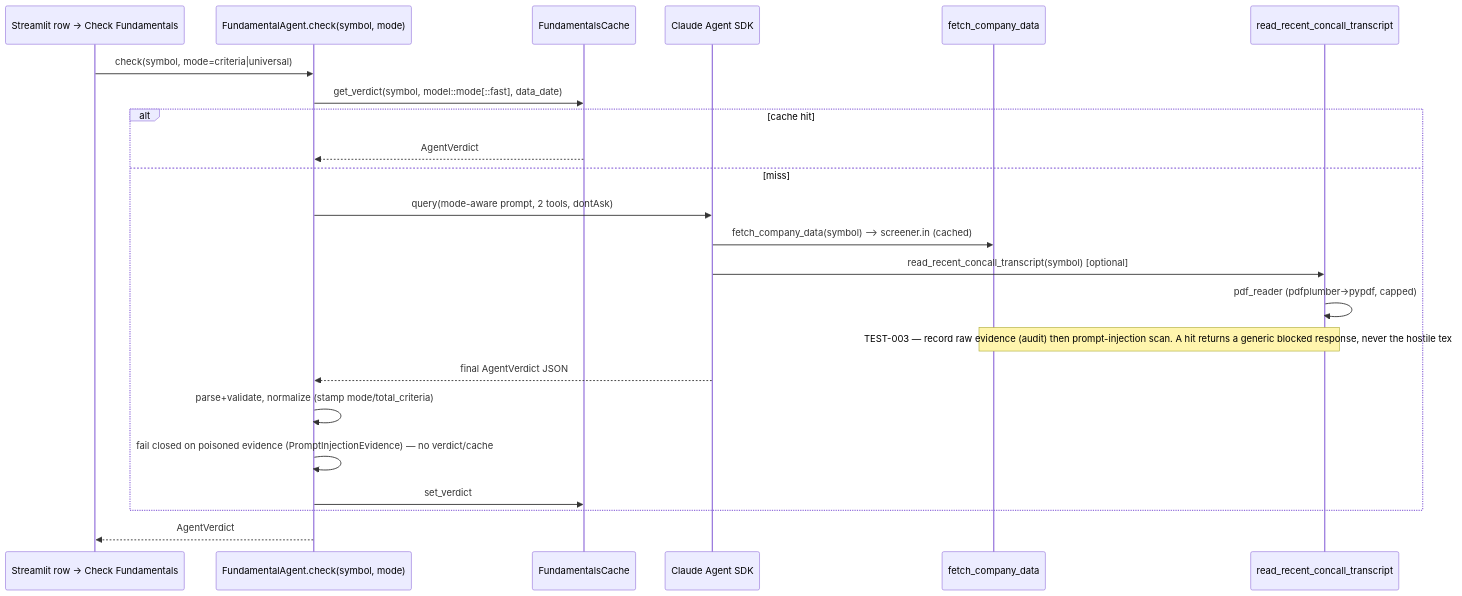
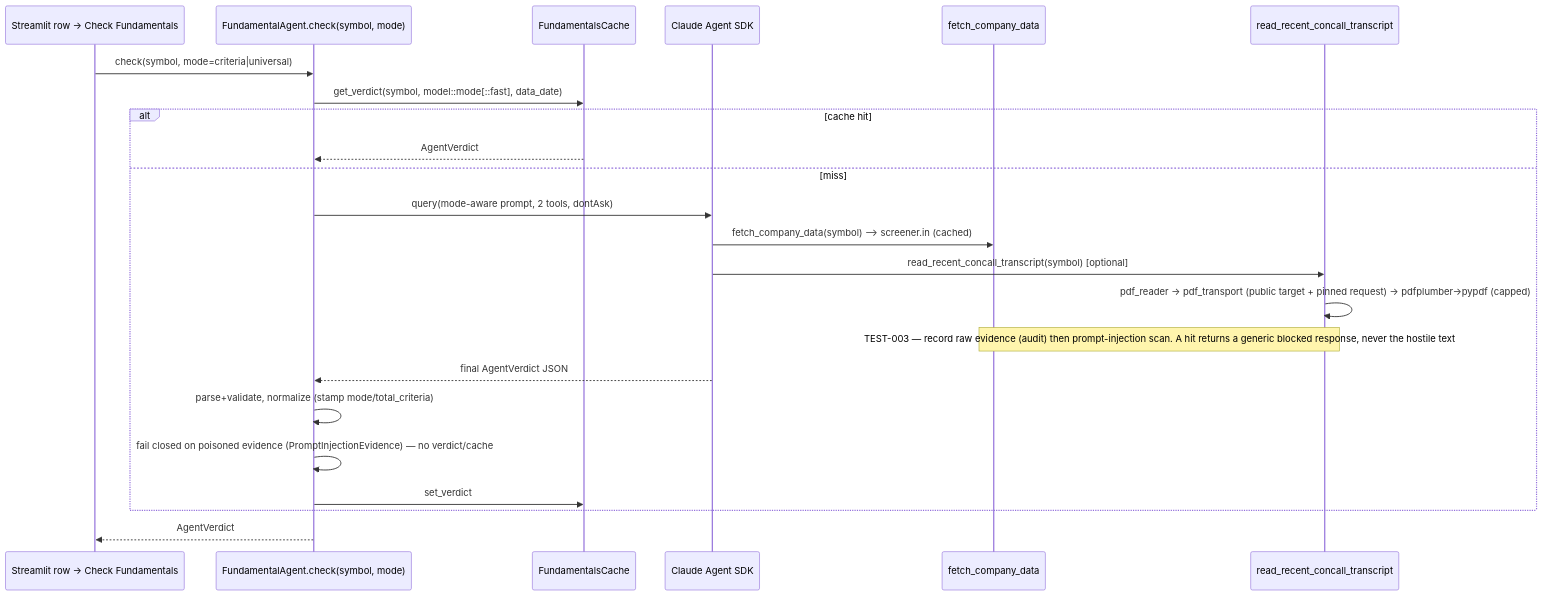
The diagram in docs/architecture/components/fundamentals-ai.md (DoRmAmMu1997/Streamlit-Scanner-App), drawn with Mermaid before and after one commit. The commit also changed other lines of this file and 10 other files, not shown here.

````diff
--- a/docs/architecture/components/fundamentals-ai.md
+++ b/docs/architecture/components/fundamentals-ai.md
@@ -28,25 +29,25 @@
 ```mermaid
 sequenceDiagram
     participant UI as Streamlit row → Check Fundamentals
     participant Agent as FundamentalAgent.check(symbol, mode)
     participant Cache as FundamentalsCache
     participant SDK as Claude Agent SDK
     participant T1 as fetch_company_data
     participant T2 as read_recent_concall_transcript
     UI->>Agent: check(symbol, mode=criteria|universal)
     Agent->>Cache: get_verdict(symbol, model::mode[::fast], data_date)
     alt cache hit
         Cache-->>Agent: AgentVerdict
     else miss
         Agent->>SDK: query(mode-aware prompt, 2 tools, dontAsk)
         SDK->>T1: fetch_company_data(symbol)  --> screener.in (cached)
         SDK->>T2: read_recent_concall_transcript(symbol)  [optional]
-        T2->>T2: pdf_reader (pdfplumber→pypdf, capped)
+        T2->>T2: pdf_reader → pdf_transport (public target + pinned request) → pdfplumber→pypdf (capped)
         Note over T1,T2: TEST-003 — record raw evidence (audit) then prompt-injection scan. A hit returns a generic blocked response, never the hostile text
         SDK-->>Agent: final AgentVerdict JSON
         Agent->>Agent: parse+validate, normalize (stamp mode/total_criteria)
         Agent->>Agent: fail closed on poisoned evidence (PromptInjectionEvidence) — no verdict/cache
         Agent->>Cache: set_verdict
     end
     Agent-->>UI: AgentVerdict
 ```
````
